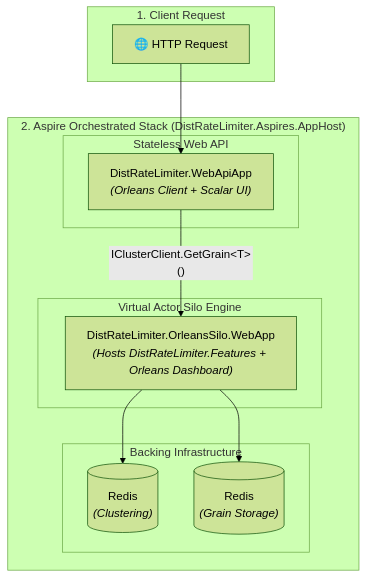
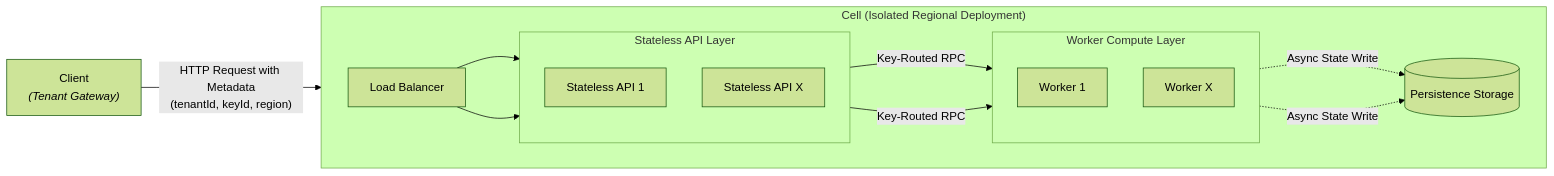
Before and after one commit to unreal-dotnet-ds-template/DistRateLimiter: the sixth of 8 diagrams in README.md, drawn with Mermaid (forest theme). The commit also changed other lines of this file and 28 other files, not shown here.

````diff
--- a/README.md
+++ b/README.md
@@ -91,26 +271,32 @@
 ```mermaid
-flowchart TD
-    subgraph ClientLayer ["1. Client Request"]
-        HTTP["🌐 HTTP Request"]
-    end
+flowchart LR
+    Client["Client<br/><i>(Tenant Gateway)</i>"]
 
-    subgraph AppHost ["2. Aspire Orchestrated Stack (DistRateLimiter.Aspires.AppHost)"]
-        subgraph Gateway ["Stateless Web API"]
-            API["DistRateLimiter.WebApiApp<br/><i>(Orleans Client + Scalar UI)</i>"]
+    Client -->|"HTTP Request with Metadata<br/>(tenantId, keyId, region)"| LB
+
+    subgraph CellBoundary ["Cell (Isolated Regional Deployment)"]
+        direction LR
+        LB["Load Balancer"]
+
+        subgraph APILayer ["Stateless API Layer"]
+            direction TB
+            API1["Stateless API 1"]
+            APIX["Stateless API X"]
         end
 
-        subgraph Compute ["Virtual Actor Silo Engine"]
-            SILO["DistRateLimiter.OrleansSilo.WebApp<br/><i>(Hosts DistRateLimiter.Features + Orleans Dashboard)</i>"]
+        subgraph WorkerLayer ["Worker Compute Layer"]
+            direction TB
+            W1["Worker 1"]
+            WX["Worker X"]
         end
 
-        subgraph Storage ["Backing Infrastructure"]
-            REDIS_C[("Redis<br/><i>(Clustering)</i>")]
-            REDIS_S[("Redis<br/><i>(Grain Storage)</i>")]
-        end
+        DB[("Persistence Storage")]
+
+        LB --> API1
+        LB --> APIX
+        API1 -->|"Key-Routed RPC"| W1
+        APIX -->|"Key-Routed RPC"| WX
+        W1 -.->|"Async State Write"| DB
+        WX -.->|"Async State Write"| DB
     end
-
-    HTTP --> API
-    API -->|"IClusterClient.GetGrain&lt;T&gt;()"| SILO
-    SILO --> REDIS_C
-    SILO --> REDIS_S
 ```
````
